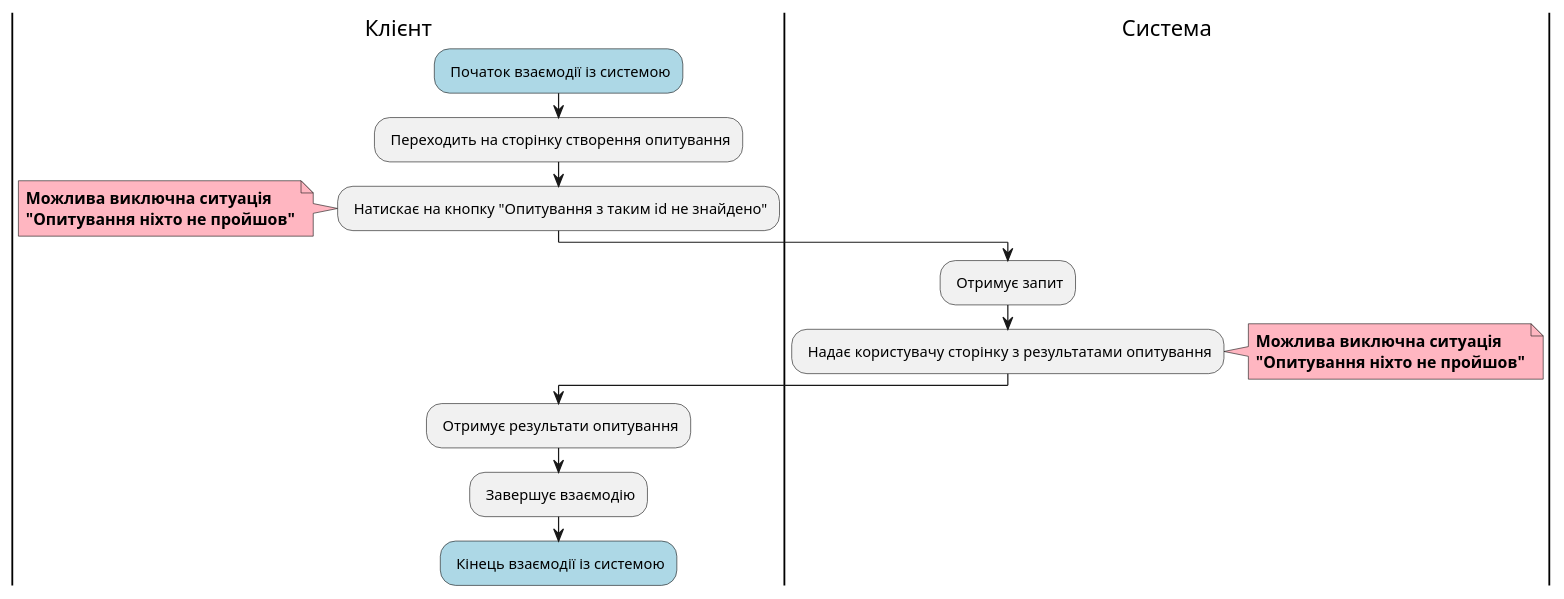
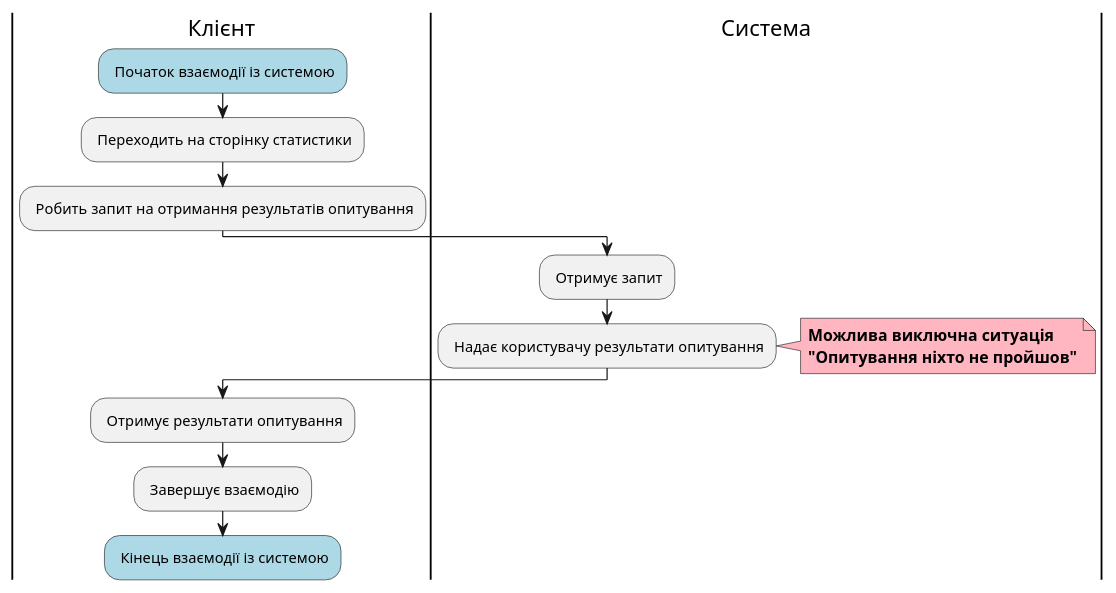
Before and after one commit to kujo205/db_labs: the tenth of 12 diagrams in docs/use cases/README.md, drawn with PlantUML. The commit also changed other lines of this file, not shown here.

```diff
--- a/docs/use cases/README.md
+++ b/docs/use cases/README.md
@@ -431,27 +411,22 @@
 @startuml
 
   |Клієнт|
   #lightblue : Початок взаємодії із системою; 
-  : Переходить на сторінку створення опитування;
-  : Натискає на кнопку "Опитування з таким id не знайдено";
-
-  note left #lightpink
-    <b>Можлива виключна ситуація</b>
-    <b>"Опитування ніхто не пройшов"</b>
-  end note
+  : Переходить на сторінку статистики;
+  : Робить запит на отримання результатів опитування;
   
   |Система|
   : Отримує запит;
-  : Надає користувачу сторінку з результатами опитування;
+  : Надає користувачу результати опитування;
 
   note right #lightpink
     <b>Можлива виключна ситуація</b>
     <b>"Опитування ніхто не пройшов"</b>
   end note
 
   |Клієнт|
   : Отримує результати опитування;
   : Завершує взаємодію;
   #lightblue : Кінець взаємодії із системою;
 
 @enduml
```
